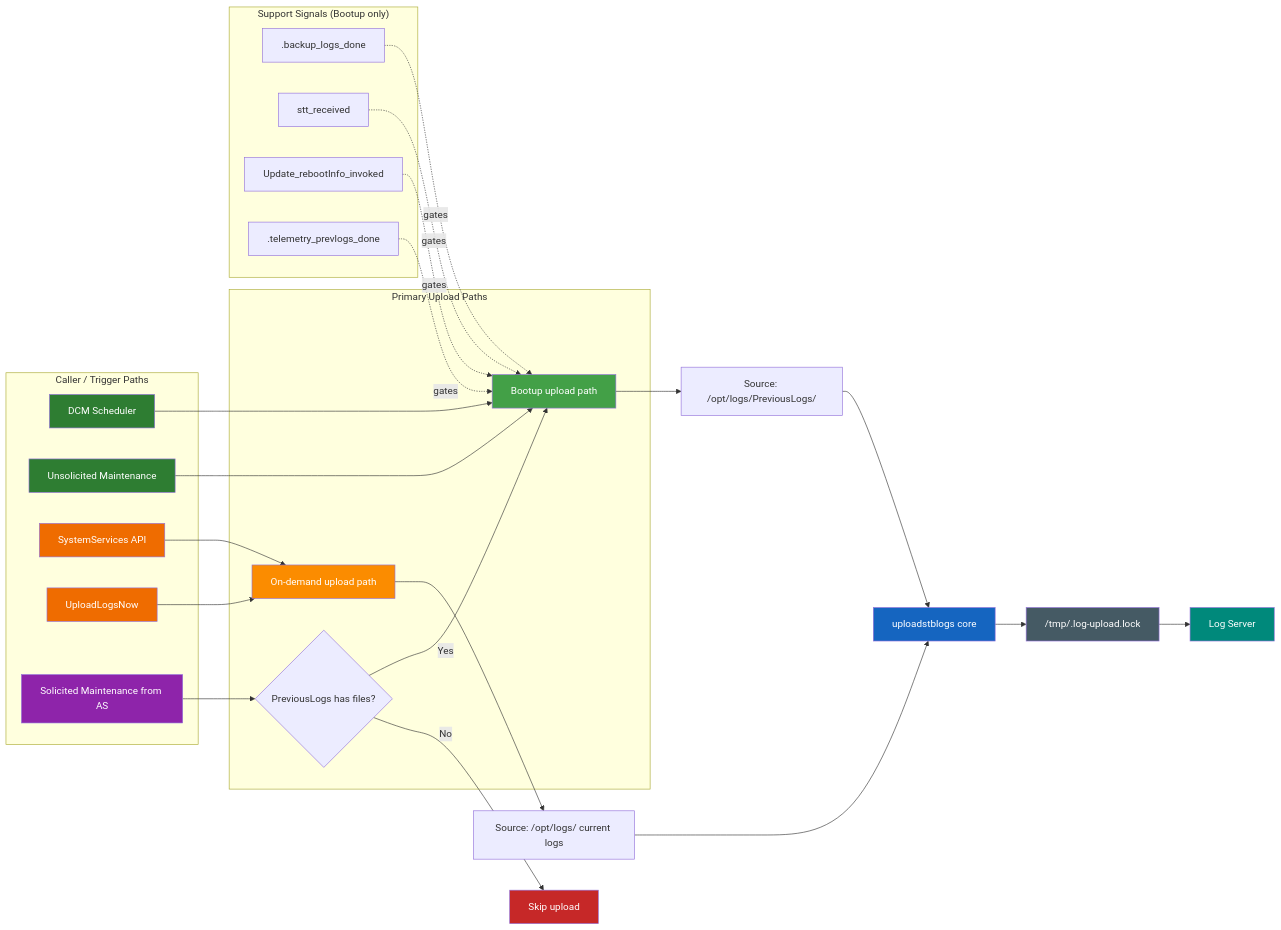
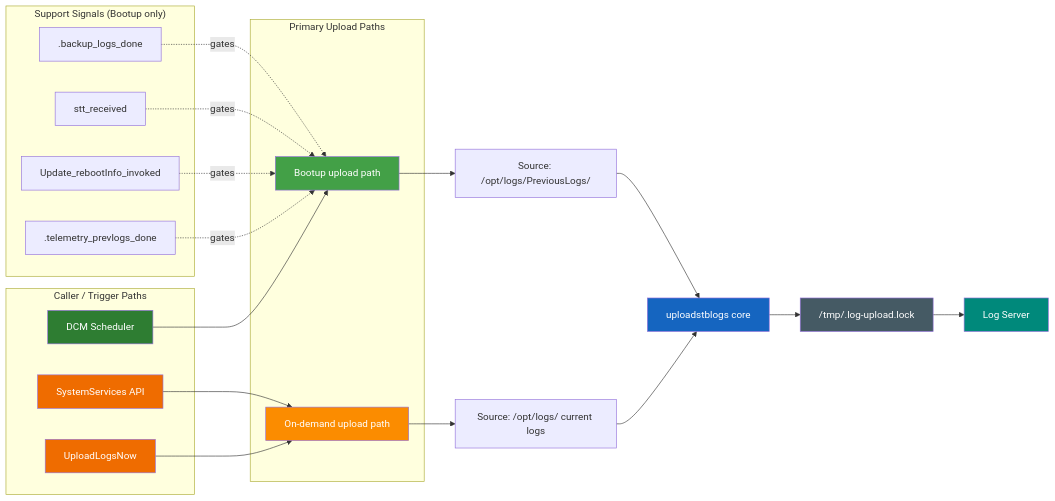
Before and after one commit to rdkcentral/dcm-agent: the third of 6 diagrams in openspec/Logupload-Synchronization/specs/slides.md, drawn with Mermaid. The commit also changed other lines of this file and 4 other files, not shown here.

Commit message:
Update as per Architect Discussion

````diff
--- a/openspec/Logupload-Synchronization/specs/slides.md
+++ b/openspec/Logupload-Synchronization/specs/slides.md
@@ -175,55 +202,45 @@
 ```mermaid
 graph LR
   subgraph C["Caller / Trigger Paths"]
     DCM["DCM Scheduler"]
-    UMM["Unsolicited Maintenance"]
     SS["SystemServices API"]
     ULN["UploadLogsNow"]
-    AS["Solicited Maintenance from AS"]
   end
 
   subgraph P["Primary Upload Paths"]
     BUP["Bootup upload path"]
     ODP["On-demand upload path"]
-    ASG{"PreviousLogs has files?"}
   end
 
   subgraph S["Support Signals (Bootup only)"]
     S1[".backup_logs_done"]
     S2["stt_received"]
     S3["Update_rebootInfo_invoked"]
     S4[".telemetry_prevlogs_done"]
   end
 
   DCM --> BUP
-  UMM --> BUP
   SS --> ODP
   ULN --> ODP
-  AS --> ASG
-  ASG -->|No| SKIP["Skip upload"]
-  ASG -->|Yes| BUP
 
   S1 -.gates.-> BUP
   S2 -.gates.-> BUP
   S3 -.gates.-> BUP
   S4 -.gates.-> BUP
 
   BUP --> PREV["Source: /opt/logs/PreviousLogs/"]
   ODP --> CURR["Source: /opt/logs/ current logs"]
   PREV --> CORE["uploadstblogs core"]
   CURR --> CORE
   CORE --> LOCK["/tmp/.log-upload.lock"]
   LOCK --> SERVER["Log Server"]
 
   style DCM fill:#2e7d32,color:#fff
-  style UMM fill:#2e7d32,color:#fff
   style SS fill:#ef6c00,color:#fff
   style ULN fill:#ef6c00,color:#fff
-  style AS fill:#8e24aa,color:#fff
   style BUP fill:#43a047,color:#fff
   style ODP fill:#fb8c00,color:#fff
-  style SKIP fill:#c62828,color:#fff
   style CORE fill:#1565c0,color:#fff
   style LOCK fill:#455a64,color:#fff
   style SERVER fill:#00897b,color:#fff
 ```
````
